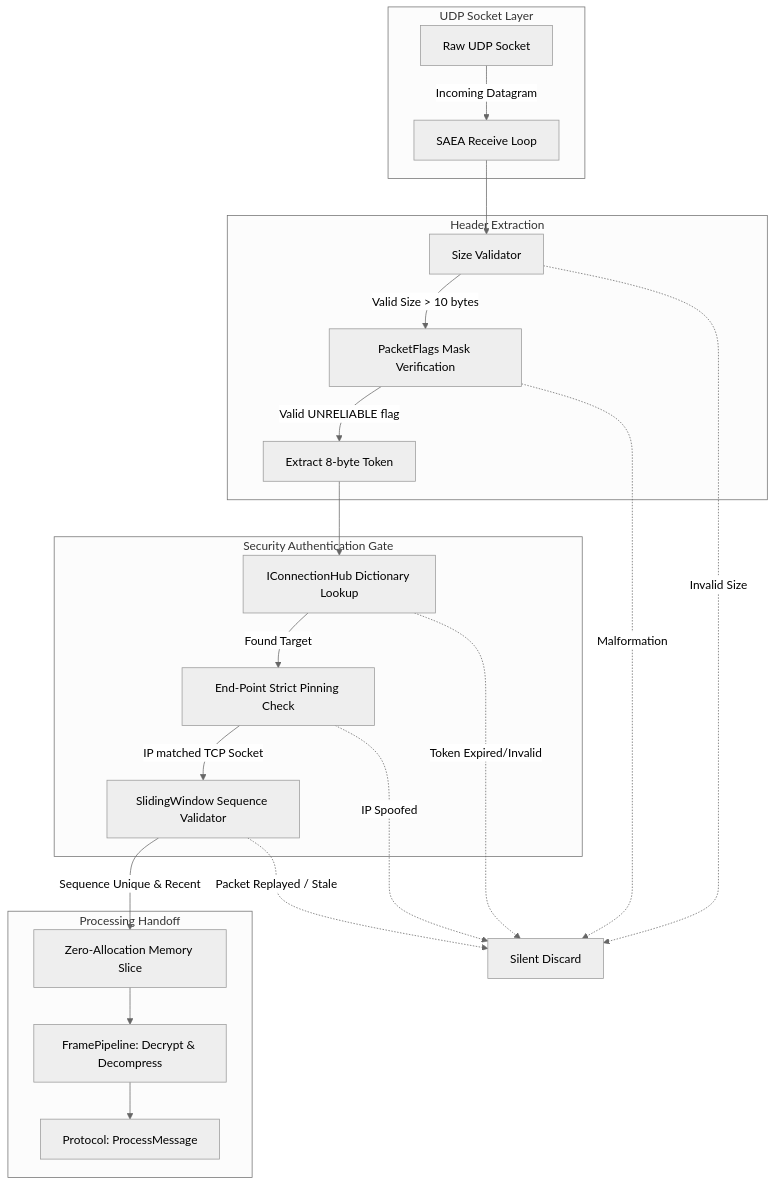
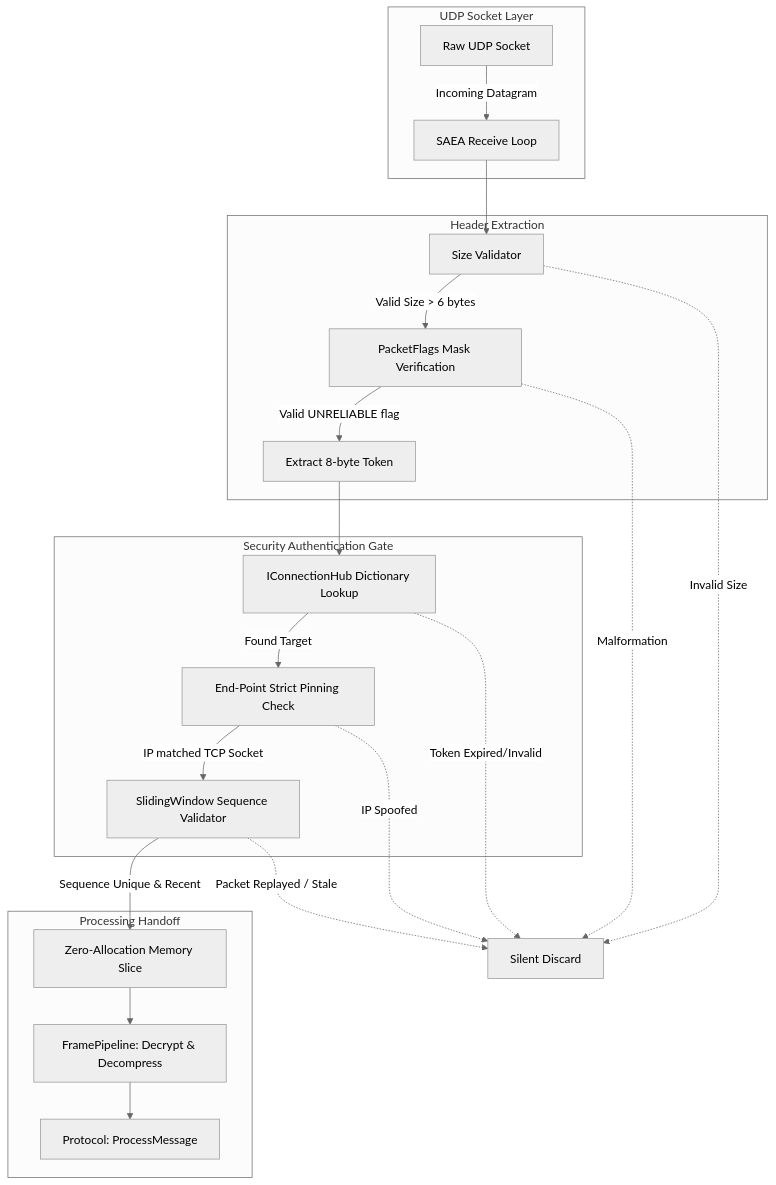
One commit to ppn-systems/Nalix changed the diagram in docs/api/network/udp-listener.md. Above: the diagram before and after it, drawn with Mermaid (neutral theme). The commit also changed other lines of this file and 524 other files, not shown here.

````diff
--- a/docs/api/network/udp-listener.md
+++ b/docs/api/network/udp-listener.md
@@ -22,48 +22,48 @@
 ```mermaid
 flowchart TD
     subgraph Transport[UDP Socket Layer]
         Raw[Raw UDP Socket]
         Loop[SAEA Receive Loop]
     end
 
     subgraph Extraction[Header Extraction]
         SizeCheck[Size Validator]
         FlagCheck[PacketFlags Mask Verification]
         Token[Extract 8-byte Token]
     end
 
     subgraph Security[Security Authentication Gate]
         HubLookup[IConnectionHub Dictionary Lookup]
         IPPinning[End-Point Strict Pinning Check]
         SlidingWindow[SlidingWindow Sequence Validator]
     end
 
     subgraph Handoff[Processing Handoff]
         Slice[Zero-Allocation Memory Slice]
         Pipeline[FramePipeline: Decrypt & Decompress]
         AppHandoff[Protocol: ProcessMessage]
     end
 
     Raw -->|Incoming Datagram| Loop
     Loop --> SizeCheck
     
-    SizeCheck -->|Valid Size > 10 bytes| FlagCheck
+    SizeCheck -->|Valid Size > 6 bytes| FlagCheck
     SizeCheck -.->|Invalid Size| Drop[Silent Discard]
     
     FlagCheck -->|Valid UNRELIABLE flag| Token
     FlagCheck -.->|Malformation| Drop
     
     Token --> HubLookup
     HubLookup -->|Found Target| IPPinning
     HubLookup -.->|Token Expired/Invalid| Drop
     
     IPPinning -->|IP matched TCP Socket| SlidingWindow
     IPPinning -.->|IP Spoofed| Drop
     
     SlidingWindow -->|Sequence Unique & Recent| Slice
     SlidingWindow -.->|Packet Replayed / Stale| Drop
     
     Slice --> Pipeline
     Pipeline --> AppHandoff
 
 ```
````
